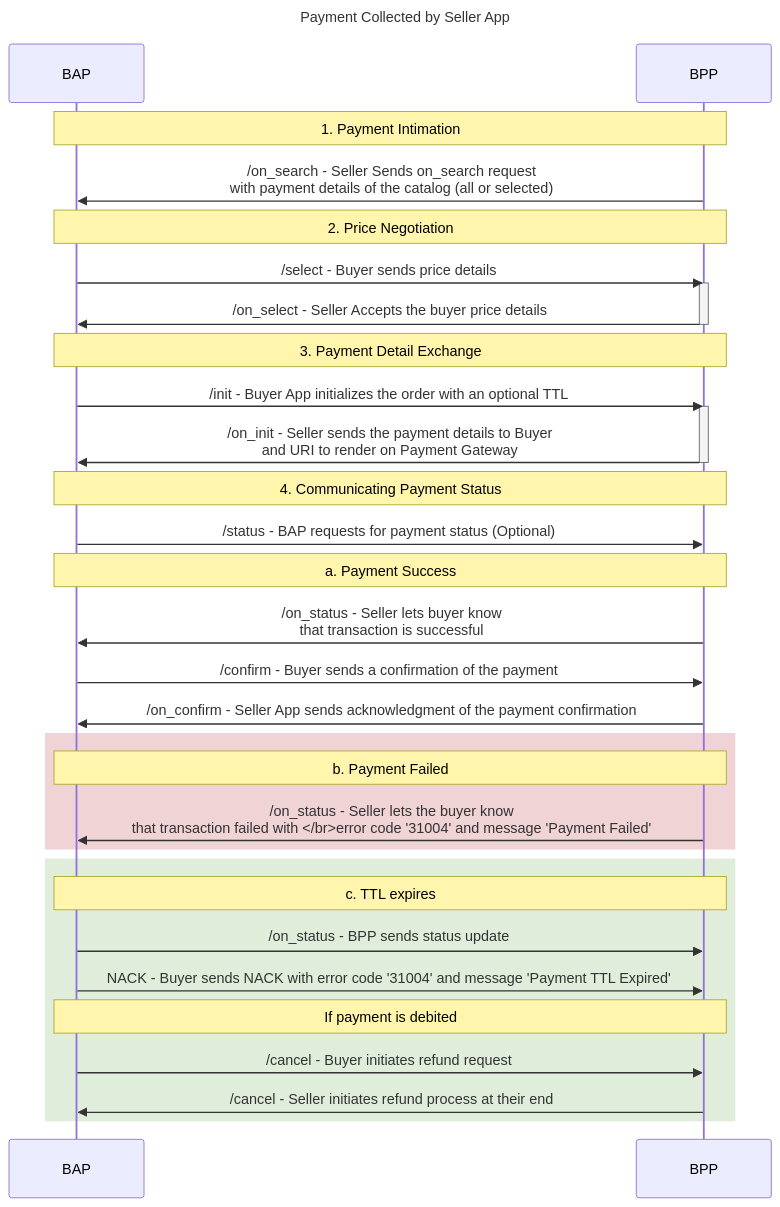
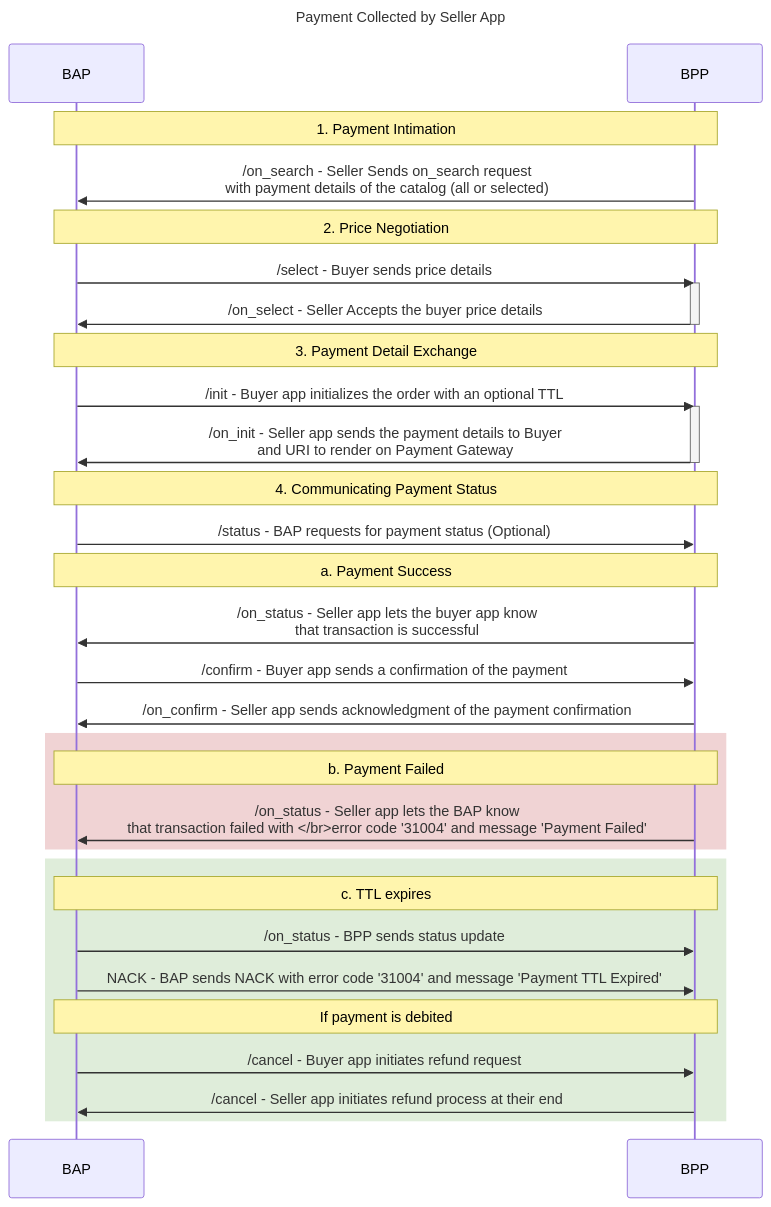
One commit to ONDC-Official/ONDC-RET-Specifications changed the diagram in api/docs/prepaid_payment_collected_by_#bpp#_non_#rfq#_flow.md. Above: the diagram before and after it, drawn with Mermaid. The commit also changed 1 other file, not shown here.

Commit message:
updated flows

````diff
--- a/api/docs/prepaid_payment_collected_by_#bpp#_non_#rfq#_flow.md
+++ b/api/docs/prepaid_payment_collected_by_#bpp#_non_#rfq#_flow.md
@@ -180,45 +180,45 @@
 ```mermaid
 sequenceDiagram
     title: Payment Collected by Seller App
     participant BAP
     participant BPP
     
     note over BAP,BPP: 1. Payment Intimation
     BPP ->> BAP: /on_search - Seller Sends on_search request<br/>with payment details of the catalog (all or selected)
     
     note over BAP,BPP: 2. Price Negotiation
     BAP ->> BPP: /select - Buyer sends price details
     activate BPP
     BPP ->> BAP: /on_select - Seller Accepts the buyer price details
     deactivate BPP
 
     note over BAP,BPP: 3. Payment Detail Exchange
-    BAP ->> BPP: /init - Buyer App initializes the order with an optional TTL
+    BAP ->> BPP: /init - Buyer app initializes the order with an optional TTL
     activate BPP
-    BPP ->> BAP: /on_init - Seller sends the payment details to Buyer<br/>and URI to render on Payment Gateway
+    BPP ->> BAP: /on_init - Seller app sends the payment details to Buyer<br/>and URI to render on Payment Gateway
     deactivate BPP
 
     note over BAP,BPP: 4. Communicating Payment Status
     BAP ->> BPP: /status - BAP requests for payment status (Optional)
 
     note over BAP,BPP: a. Payment Success
-    BPP ->> BAP: /on_status - Seller lets buyer know<br/>that transaction is successful
-    BAP ->> BPP: /confirm - Buyer sends a confirmation of the payment 
-    BPP ->> BAP: /on_confirm - Seller App sends acknowledgment of the payment confirmation
+    BPP ->> BAP: /on_status - Seller app lets the buyer app know<br/>that transaction is successful
+    BAP ->> BPP: /confirm - Buyer app sends a confirmation of the payment 
+    BPP ->> BAP: /on_confirm - Seller app sends acknowledgment of the payment confirmation
 
     rect rgb(240, 211, 212)
     note over BAP,BPP: b. Payment Failed
-    BPP ->> BAP: /on_status - Seller lets the buyer know<br/>that transaction failed with </br>error code '31004' and message 'Payment Failed'
+    BPP ->> BAP: /on_status - Seller app lets the BAP know<br/>that transaction failed with </br>error code '31004' and message 'Payment Failed'
     end
 
     rect rgb(223, 237, 218)
     note over BAP,BPP: c. TTL expires
     BAP ->> BPP: /on_status - BPP sends status update
-    BAP ->> BPP: NACK - Buyer sends NACK with error code '31004' and message 'Payment TTL Expired'
+    BAP ->> BPP: NACK - BAP sends NACK with error code '31004' and message 'Payment TTL Expired'
     note over BAP,BPP: If payment is debited
-    BAP ->> BPP: /cancel - Buyer initiates refund request
-    BPP ->> BAP: /cancel - Seller initiates refund process at their end
+    BAP ->> BPP: /cancel - Buyer app initiates refund request
+    BPP ->> BAP: /cancel - Seller app initiates refund process at their end
     end
 
 
 ```
````
